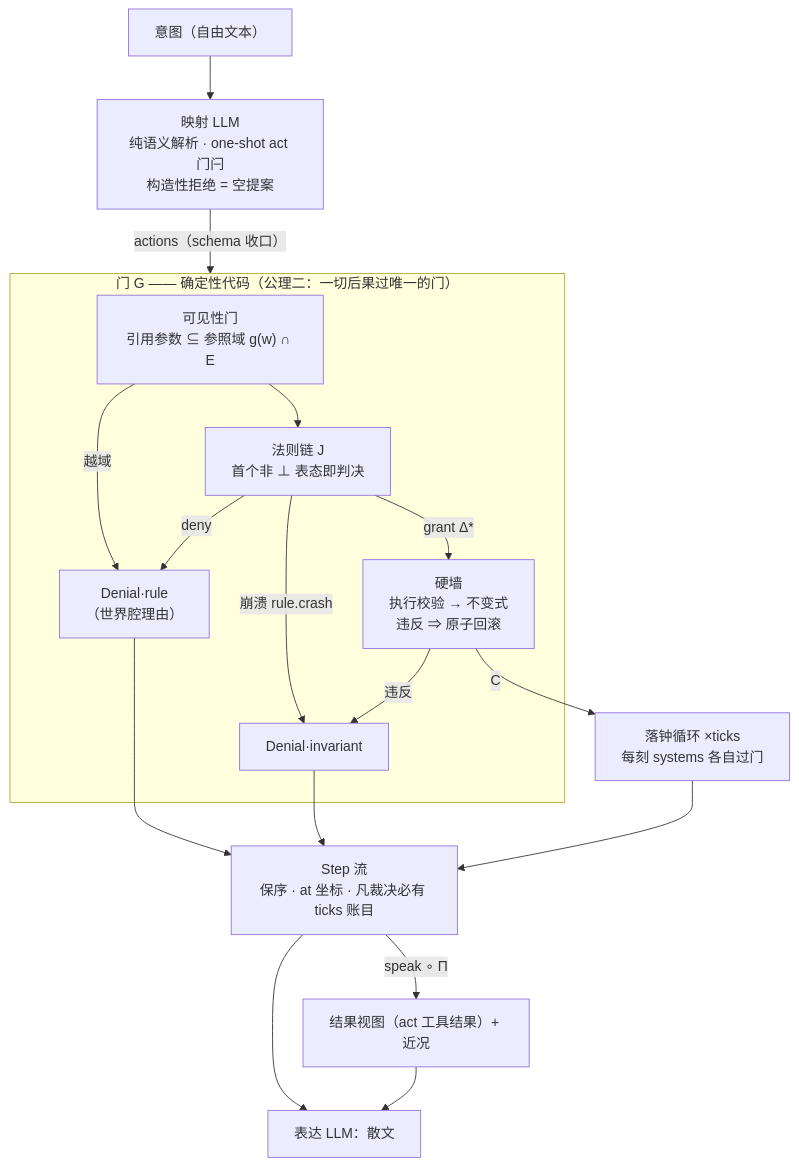
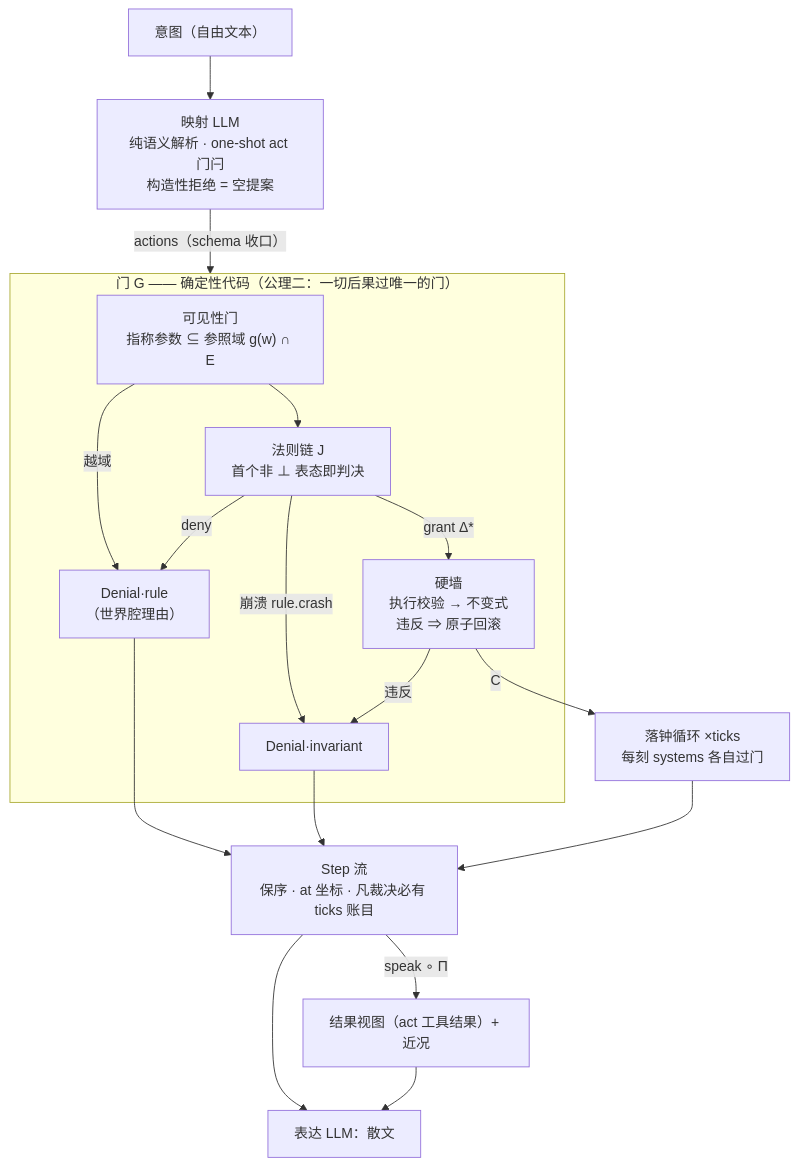
The diagram in DESIGN.md (Rin313/cave), drawn with Mermaid before and after one commit. The commit also changed other lines of this file and 5 other files, not shown here.

````diff
--- a/DESIGN.md
+++ b/DESIGN.md
@@ -32,20 +32,20 @@
 ```mermaid
 flowchart TD
     subgraph G["门 G —— 确定性代码（公理二：一切后果过唯一的门）"]
-        V["可见性门<br/>引用参数 ⊆ 参照域 g(w) ∩ E"] -->|"越域"| DR["Denial·rule<br/>（世界腔理由）"]
+        V["可见性门<br/>指称参数 ⊆ 参照域 g(w) ∩ E"] -->|"越域"| DR["Denial·rule<br/>（世界腔理由）"]
         V --> R["法则链 J<br/>首个非 ⊥ 表态即判决"]
         R -->|"deny"| DR
         R -->|"崩溃 rule.crash"| DI
         R -->|"grant Δ*"| H["硬墙<br/>执行校验 → 不变式<br/>违反 ⇒ 原子回滚"]
         H -->|"违反"| DI["Denial·invariant"]
     end
     I["意图（自由文本）"] --> M["映射 LLM<br/>纯语义解析 · one-shot act 门闩<br/>构造性拒绝 = 空提案"]
     M -->|"actions（schema 收口）"| G
     H -->|"C"| T["落钟循环 ×ticks<br/>每刻 systems 各自过门"]
     DR --> S["Step 流<br/>保序 · at 坐标 · 凡裁决必有 ticks 账目"]
     DI --> S
     T --> S
     S -->|"speak ∘ Π"| P["结果视图（act 工具结果）+ 近况"]
     S --> N["表达 LLM：散文"]
     P --> N
 ```
````
